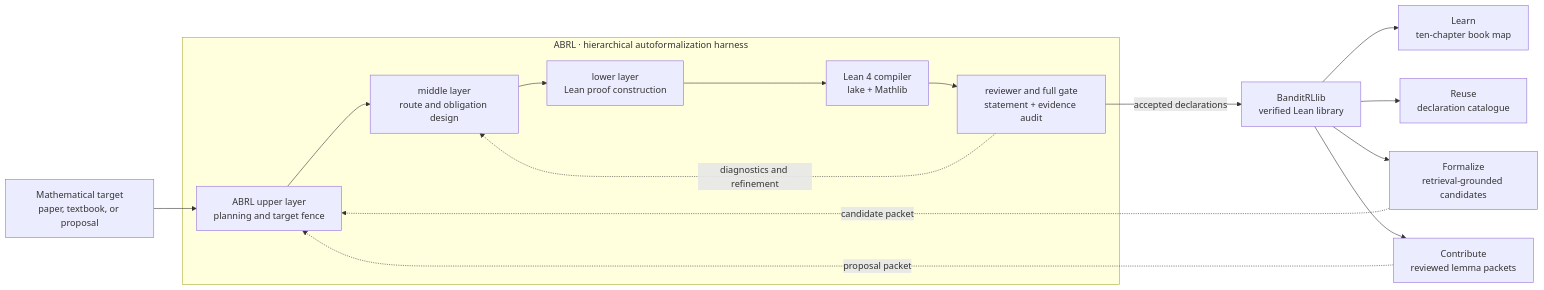
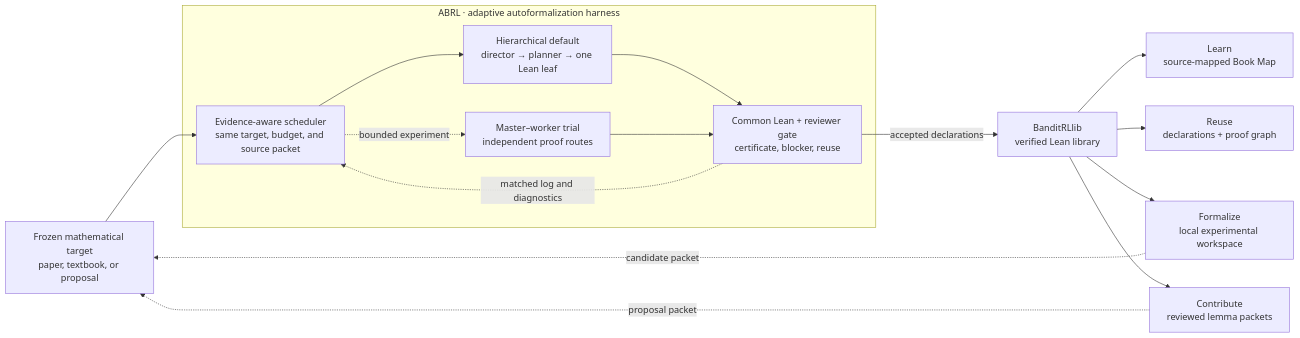
Before and after one commit to DakeBU/Auto-Bandit-RL-Proof-In-Sleep: the diagram in website/diagrams/system-architecture.mmd, drawn with Mermaid. The commit also changed 5 other files, not shown here.

```diff
--- a/website/diagrams/system-architecture.mmd
+++ b/website/diagrams/system-architecture.mmd
@@ -1,16 +1,16 @@
 flowchart LR
-    Target["Mathematical target<br/>paper, textbook, or proposal"] --> Upper["ABRL upper layer<br/>planning and target fence"]
-    subgraph Harness["ABRL · hierarchical autoformalization harness"]
-        Upper --> Middle["middle layer<br/>route and obligation design"]
-        Middle --> Lower["lower layer<br/>Lean proof construction"]
-        Lower --> Compiler["Lean 4 compiler<br/>lake + Mathlib"]
-        Compiler --> Reviewer["reviewer and full gate<br/>statement + evidence audit"]
-        Reviewer -. "diagnostics and refinement" .-> Middle
+    Target["Frozen mathematical target<br/>paper, textbook, or proposal"] --> Scheduler["Evidence-aware scheduler<br/>same target, budget, and source packet"]
+    subgraph Harness["ABRL · adaptive autoformalization harness"]
+        Scheduler --> Hierarchy["Hierarchical default<br/>director → planner → one Lean leaf"]
+        Scheduler -. "bounded experiment" .-> Parallel["Master–worker trial<br/>independent proof routes"]
+        Hierarchy --> Gate["Common Lean + reviewer gate<br/>certificate, blocker, reuse"]
+        Parallel --> Gate
+        Gate -. "matched log and diagnostics" .-> Scheduler
     end
-    Reviewer -->|accepted declarations| Library["BanditRLlib<br/>verified Lean library"]
-    Library --> Learn["Learn<br/>ten-chapter book map"]
-    Library --> Reuse["Reuse<br/>declaration catalogue"]
-    Library --> Formalize["Formalize<br/>retrieval-grounded candidates"]
+    Gate -->|accepted declarations| Library["BanditRLlib<br/>verified Lean library"]
+    Library --> Learn["Learn<br/>source-mapped Book Map"]
+    Library --> Reuse["Reuse<br/>declarations + proof graph"]
+    Library --> Formalize["Formalize<br/>local experimental workspace"]
     Library --> Contribute["Contribute<br/>reviewed lemma packets"]
-    Formalize -. "candidate packet" .-> Upper
-    Contribute -. "proposal packet" .-> Upper
+    Formalize -. "candidate packet" .-> Target
+    Contribute -. "proposal packet" .-> Target
```
